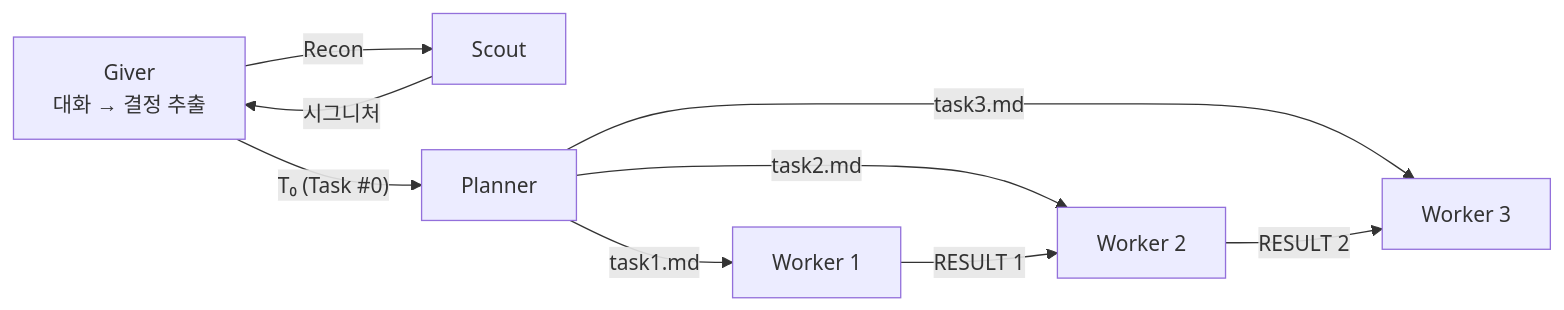
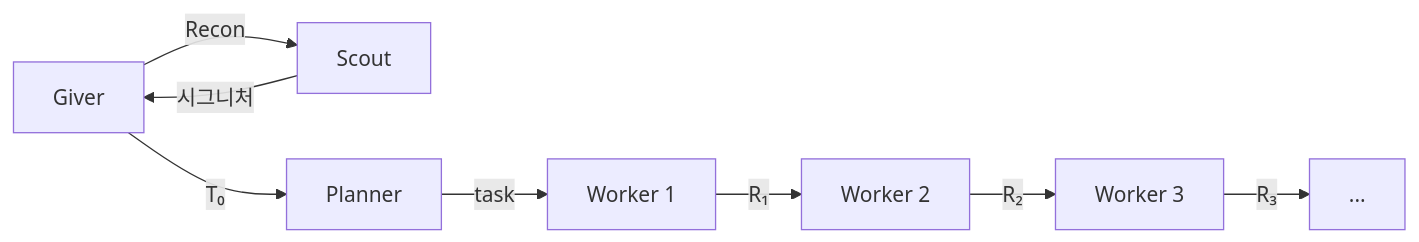
Before and after one commit to sng2c/giver-architecture: the diagram in README.md, drawn with Mermaid. The commit also changed other lines of this file and 2 other files, not shown here.

Commit message:
v3.5.5: logical modification groups, same-file sequential OK, max 10 Workers
Batch Grouping:
- Workers = logical modification groups (not ⌈files/3⌉)
- Same file can be modified by multiple Workers in sequence
- Chain: P→W₁→...→W₁₀ (max 10 Worker slots)
- No-op: unused Workers return immediately
- Planner decides N (≤ 10), writes task1..N.md

Critical Rules updated:
- Rule 4: Planner in chain, N depends on logical groups
- Rule 5: Same file OK across sequential Workers
- Planner task: group by logical modification groups, max 10
- Worker task: check task file exists, no-op if missing

 reverted Phase 4a/4b (Planner stays in chain)

````diff
--- a/README.md
+++ b/README.md
@@ -23,11 +23,10 @@
 ```mermaid
 graph LR
-    G["Giver<br/>대화 → 결정 추출"] -->|Recon| S["Scout"]
+    G["Giver"] -->|Recon| S["Scout"]
     S -->|시그니처| G
-    G -->|"T₀ (Task #0)"| P["Planner"]
-    P -->|"task1.md"| W1["Worker 1"]
-    P -->|"task2.md"| W2["Worker 2"]
-    P -->|"task3.md"| W3["Worker 3"]
-    W1 -->|"RESULT 1"| W2
-    W2 -->|"RESULT 2"| W3
+    G -->|"T₀"| P["Planner"]
+    P -->|task| W1["Worker 1"]
+    W1 -->|R₁| W2["Worker 2"]
+    W2 -->|R₂| W3["Worker 3"]
+    W3 -->|R₃| W4["..."]
 ```
````
